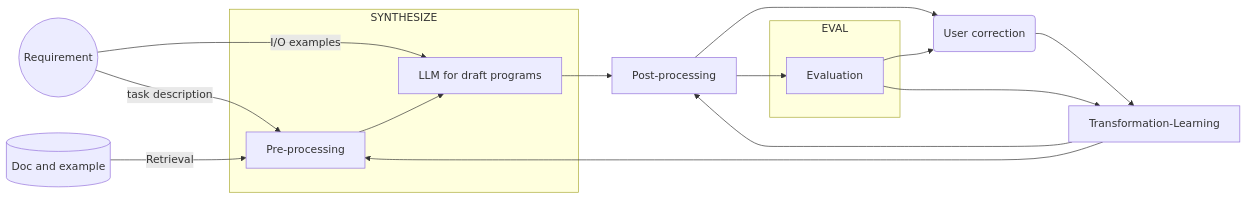
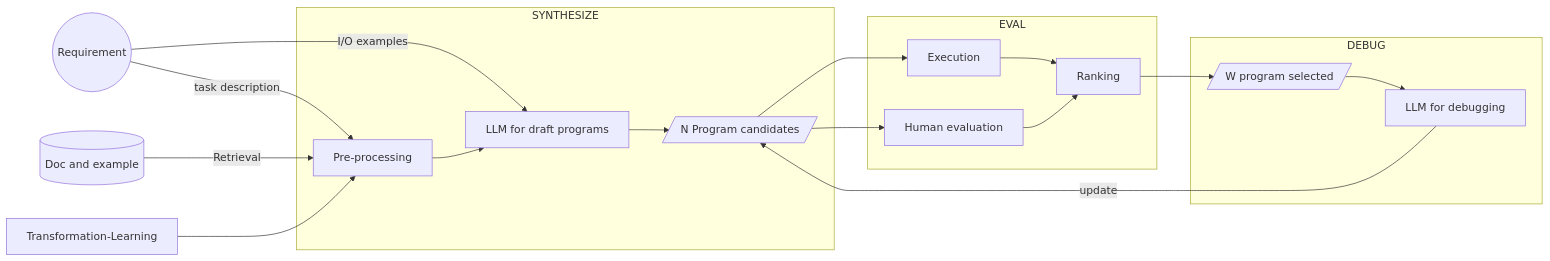
One commit to AI-LLM/ai-llm.github.io changed the second of 2 diagrams in Code-Generation.md. Above: the diagram before and after it, drawn with Mermaid.

````diff
--- a/Code-Generation.md
+++ b/Code-Generation.md
@@ -59,20 +59,24 @@
 ```mermaid
 graph LR;
 S((Requirement)) -- task description --> Pre-processing
 S -- I/O examples --> LLMsynth[LLM for draft programs]
 doc[(Doc and example)] -- Retrieval --> Pre-processing
 subgraph SYNTHESIZE
 Pre-processing --> LLMsynth
+LLMsynth --> PN[/N Program candidates/]
 end
-LLMsynth --> Post-processing
-Post-processing --> Evaluation
+PN --> Execution
+PN --> Evaluation
 subgraph EVAL
-Evaluation
+Execution
+Evaluation[Human evaluation]
+Execution --> Ranking
+Evaluation --> Ranking
 end
-Post-processing --> U(User correction)
-Evaluation --> U
-U --> Transformation-Learning
-Evaluation --> Transformation-Learning
-Transformation-Learning --> Post-processing
+Ranking --> PS[/W program selected/]
+subgraph DEBUG
+PS --> LLMdebug[LLM for debugging]
+end
+LLMdebug -- update --> PN
 Transformation-Learning --> Pre-processing
 ```
````
